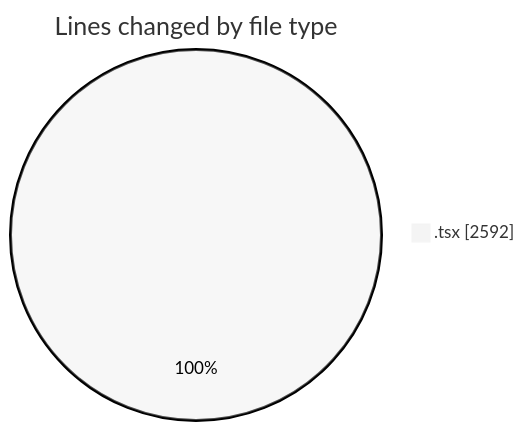
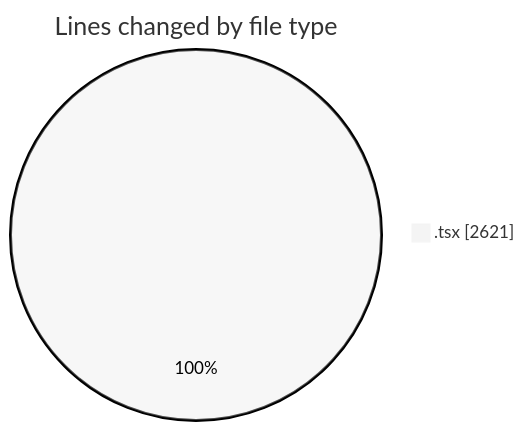
One commit to nxtqubesakshisongat/code-tracking changed the first of 2 diagrams in 2026-04-23/nxtqube_webapp/README.md. Above: the diagram before and after it, drawn with Mermaid (neutral theme). The commit also changed other lines of this file and 1 other file, not shown here.

````diff
--- a/2026-04-23/nxtqube_webapp/README.md
+++ b/2026-04-23/nxtqube_webapp/README.md
@@ -21,5 +21,5 @@
 ```mermaid
 pie showData
 title Lines changed by file type
-".tsx" : 2592
+".tsx" : 2621
 ```
````
